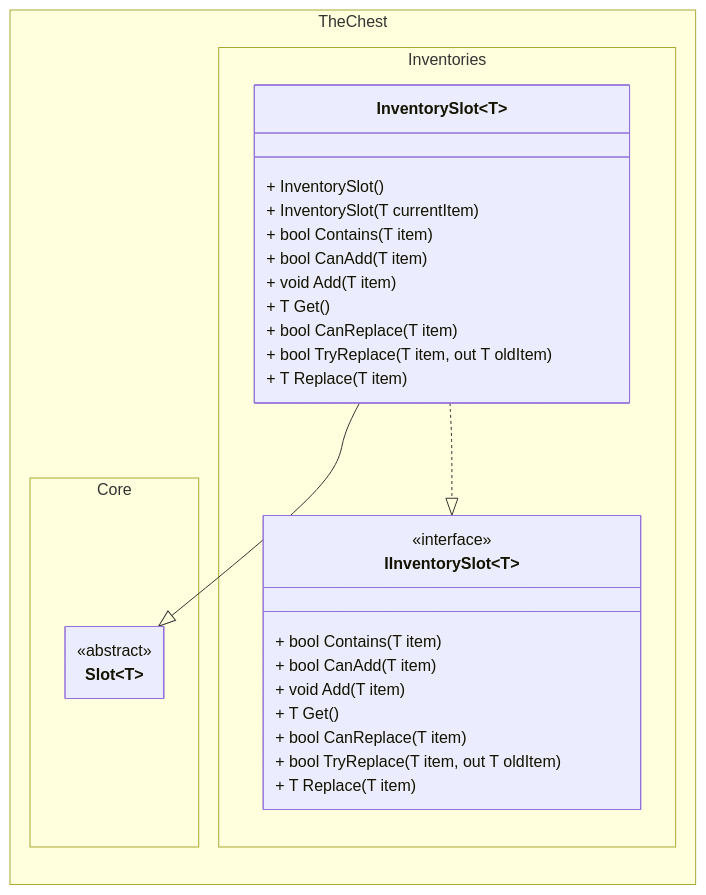
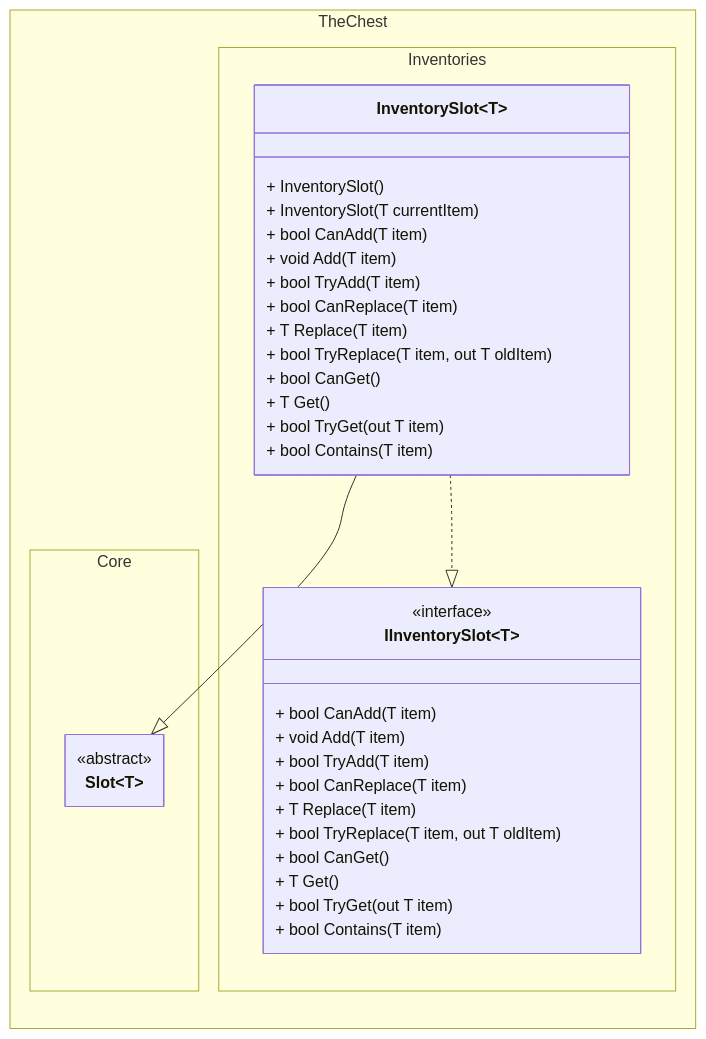
One commit to The-Chest/TheChest.Inventories changed the second of 2 diagrams in docs/inventory/class_diagram.md. Above: the diagram before and after it, drawn with Mermaid. The commit also changed other lines of this file, not shown here.

Commit message:
Changes in InventorySlot class diagram

````diff
--- a/docs/inventory/class_diagram.md
+++ b/docs/inventory/class_diagram.md
@@ -124,52 +129,58 @@
 ```mermaid
 ---
 config:
   theme: mc
   look: classic
   class:
     hideEmptyMembersBox: true
 ---
 classDiagram
 direction BT
 
 namespace TheChest.Core {
     class Slot~T~ {
     }
 }
 <<abstract>> Slot
 
 namespace TheChest.Inventories {
     class IInventorySlot~T~ {
-        + bool Contains(T item)
+	    + bool CanAdd(T item)
+	    + void Add(T item)
+		+ bool TryAdd(T item)
 
-        + bool CanAdd(T item)
-        + void Add(T item)
+		+ bool CanReplace(T item)
+	    + T Replace(T item)
+		+ bool TryReplace(T item, out T oldItem)
 
-        + T Get()
+		+ bool CanGet()
+	    + T Get()
+		+ bool TryGet(out T item)
 
-        + bool CanReplace(T item)
-		+ bool TryReplace(T item, out T oldItem)
-        + T Replace(T item)
+	    + bool Contains(T item)
     }
     class InventorySlot~T~ {
         + InventorySlot()
         + InventorySlot(T currentItem)
 
-        + bool Contains(T item)
+	    + bool CanAdd(T item)
+	    + void Add(T item)
+		+ bool TryAdd(T item)
 
-        + bool CanAdd(T item)
-        + void Add(T item)
+		+ bool CanReplace(T item)
+	    + T Replace(T item)
+		+ bool TryReplace(T item, out T oldItem)
 
-        + T Get()
+		+ bool CanGet()
+	    + T Get()
+		+ bool TryGet(out T item)
 
-        + bool CanReplace(T item)
-		+ bool TryReplace(T item, out T oldItem)
-        + T Replace(T item)
+	    + bool Contains(T item)
     }
 }
 
 <<interface>> IInventorySlot
 
 InventorySlot~T~ --|> Slot~T~ 
 InventorySlot~T~ ..|> IInventorySlot~T~
 ```
````
